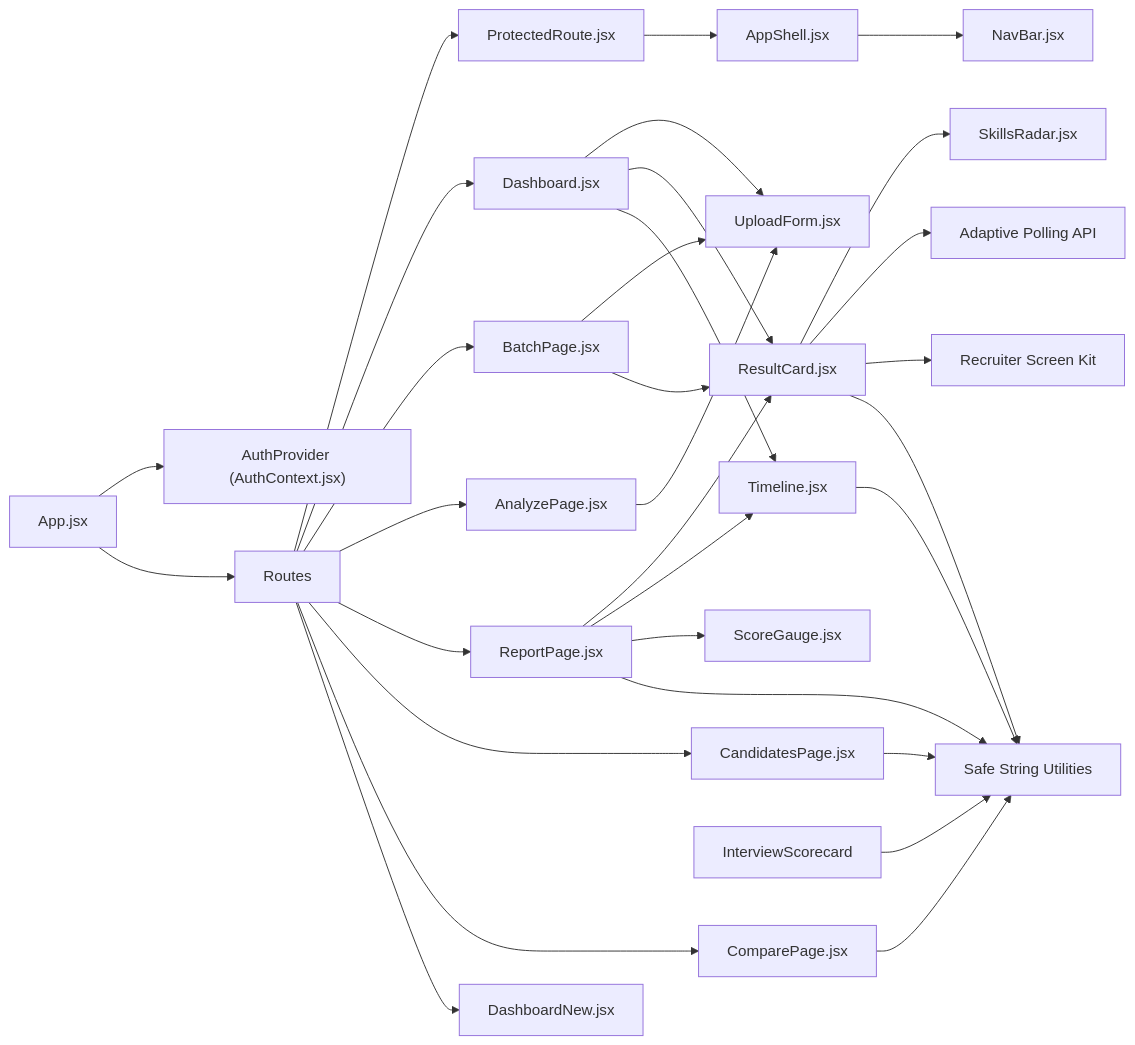
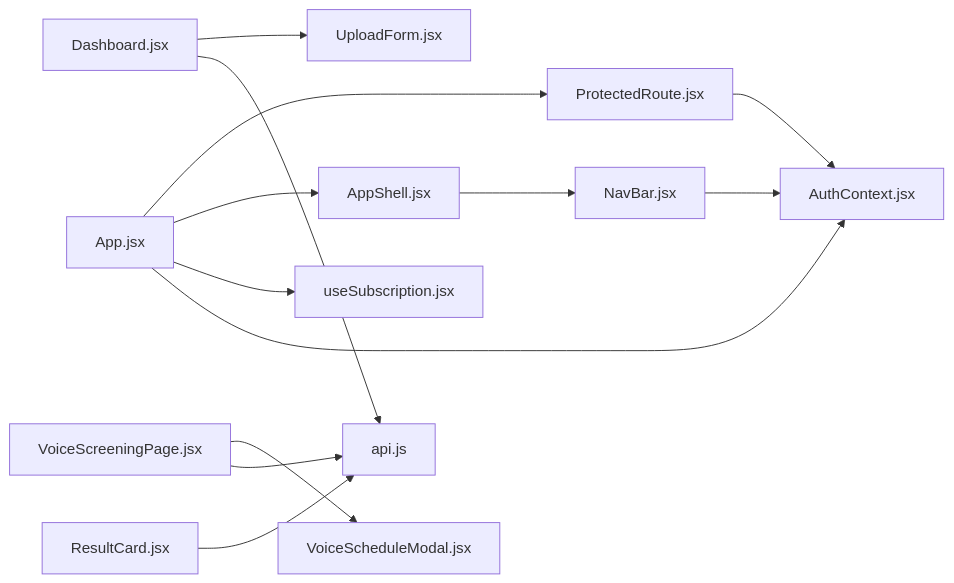
Diagram 12 of 12 in .qoder/repowiki/en/content/Frontend Architecture/Component Library/Component Library.md (Revanththetalogics/aireume), drawn with Mermaid before and after one commit. The commit also changed other lines of this file and 39 other files, not shown here.

````diff
--- a/.qoder/repowiki/en/content/Frontend Architecture/Component Library/Component Library.md
+++ b/.qoder/repowiki/en/content/Frontend Architecture/Component Library/Component Library.md
@@ -766,33 +509,15 @@
 ```mermaid
 graph LR
-App["App.jsx"] --> Auth["AuthProvider (AuthContext.jsx)"]
-App --> Routes["Routes"]
-Routes --> Protected["ProtectedRoute.jsx"]
-Protected --> Shell["AppShell.jsx"]
-Shell --> Nav["NavBar.jsx"]
-Routes --> Dash["Dashboard.jsx"]
-Routes --> Batch["BatchPage.jsx"]
-Routes --> Analyze["AnalyzePage.jsx"]
-Routes --> Report["ReportPage.jsx"]
-Routes --> Candidates["CandidatesPage.jsx"]
-Routes --> Compare["ComparePage.jsx"]
-Routes --> DashboardNew["DashboardNew.jsx"]
-Dash --> Upload["UploadForm.jsx"]
-Batch --> Upload
-Analyze --> Upload
-Dash --> Result["ResultCard.jsx"]
-Batch --> Result
-Report --> Result
-Result --> Radar["SkillsRadar.jsx"]
-Dash --> Time["Timeline.jsx"]
-Report --> Time
-Report --> Gauge["ScoreGauge.jsx"]
-Result --> Polling["Adaptive Polling API"]
-Result --> RecruiterKit["Recruiter Screen Kit"]
-Result --> SafeStr["Safe String Utilities"]
-Time --> SafeStr
-Report --> SafeStr
-Candidates --> SafeStr
-Compare --> SafeStr
-InterviewScorecard --> SafeStr
+APP["App.jsx"] --> PROTECT["ProtectedRoute.jsx"]
+APP --> SHELL["AppShell.jsx"]
+SHELL --> NAV["NavBar.jsx"]
+APP --> SUB["useSubscription.jsx"]
+APP --> AUTH["AuthContext.jsx"]
+DASH["Dashboard.jsx"] --> UPLOAD["UploadForm.jsx"]
+DASH --> API["api.js"]
+VOICE["VoiceScreeningPage.jsx"] --> VOICESCHED["VoiceScheduleModal.jsx"]
+VOICE --> API
+RESULT["ResultCard.jsx"] --> API
+NAV --> AUTH
+PROTECT --> AUTH
 ```
````
